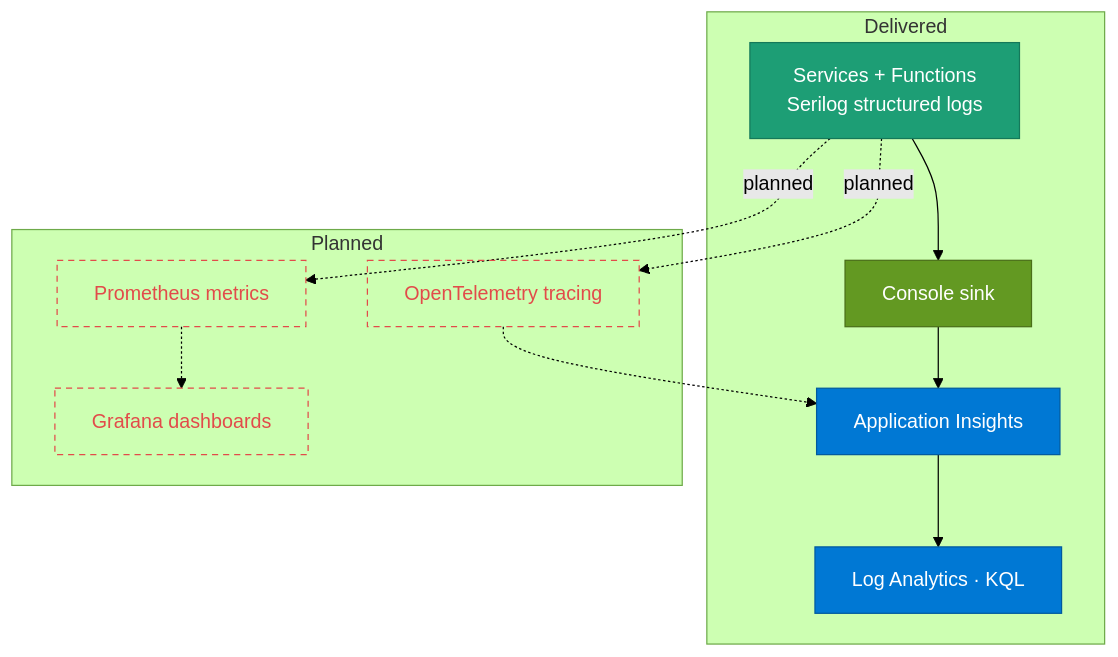
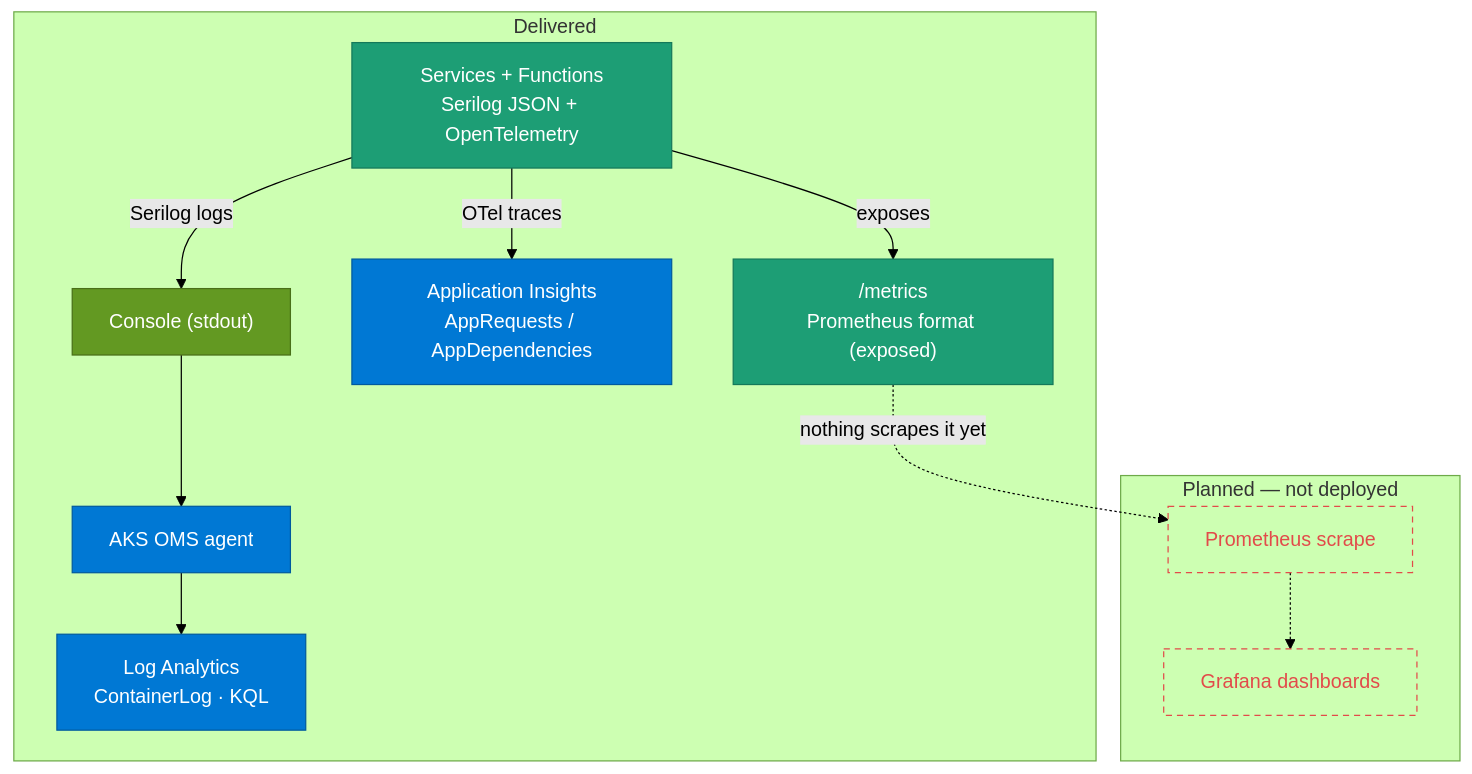
One commit to seesathish/AntKart-Src3 changed the diagram in docs/development/5-observability.md. Above: the diagram before and after it, drawn with Mermaid (forest theme). The commit also changed other lines of this file and 17 other files, not shown here.

````diff
--- a/docs/development/5-observability.md
+++ b/docs/development/5-observability.md
@@ -9,28 +7,30 @@
 ```mermaid
 flowchart TD
     subgraph DELIVERED["Delivered"]
-        SVC["Services + Functions<br/>Serilog structured logs"]:::service
-        CON["Console sink"]:::cicd
-        AI["Application Insights"]:::paas
-        LA["Log Analytics · KQL"]:::paas
+        SVC["Services + Functions<br/>Serilog JSON + OpenTelemetry"]:::service
+        CON["Console (stdout)"]:::cicd
+        OMS["AKS OMS agent"]:::paas
+        LA["Log Analytics<br/>ContainerLog · KQL"]:::paas
+        AI["Application Insights<br/>AppRequests / AppDependencies"]:::paas
+        METRICS["/metrics<br/>Prometheus format (exposed)"]:::service
     end
 
-    subgraph PLANNED["Planned"]
-        OTEL["OpenTelemetry tracing"]:::issue
-        PROM["Prometheus metrics"]:::issue
+    subgraph PLANNED["Planned — not deployed"]
+        PROM["Prometheus scrape"]:::issue
         GRAF["Grafana dashboards"]:::issue
     end
 
-    SVC --> CON --> AI --> LA
-    SVC -. "planned" .-> OTEL -.-> AI
-    SVC -. "planned" .-> PROM -.-> GRAF
+    SVC -->|"Serilog logs"| CON --> OMS --> LA
+    SVC -->|"OTel traces"| AI
+    SVC -->|"exposes"| METRICS
+    METRICS -. "nothing scrapes it yet" .-> PROM -.-> GRAF
 
     classDef external fill:#B4B2A9,stroke:#7A7870,color:#111,stroke-dasharray:4 3;
     classDef service fill:#1D9E75,stroke:#14795A,color:#FFF;
     classDef paas fill:#0078D4,stroke:#005A9E,color:#FFF;
     classDef datastore fill:#185FA5,stroke:#0F3F6E,color:#FFF;
     classDef identity fill:#BA7517,stroke:#8A560F,color:#FFF;
     classDef edge fill:#7F77DD,stroke:#5B52B8,color:#FFF;
     classDef cicd fill:#639922,stroke:#496F18,color:#FFF;
     classDef issue fill:none,stroke:#E24B4A,color:#E24B4A,stroke-dasharray:5 4;
 ```
````
